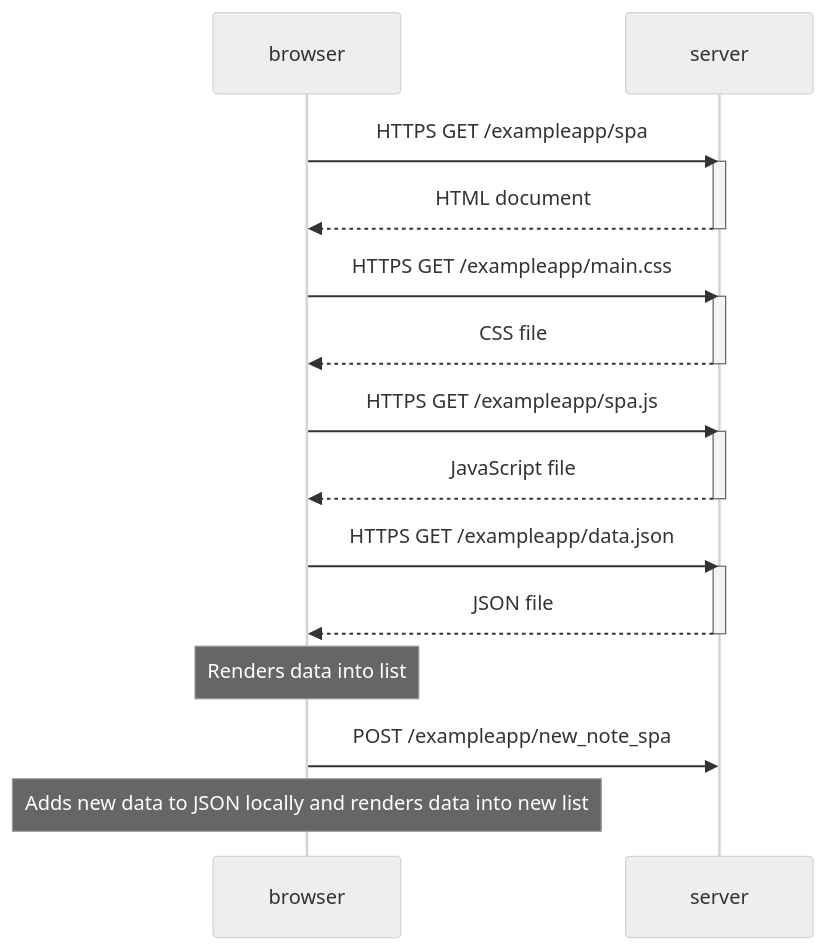
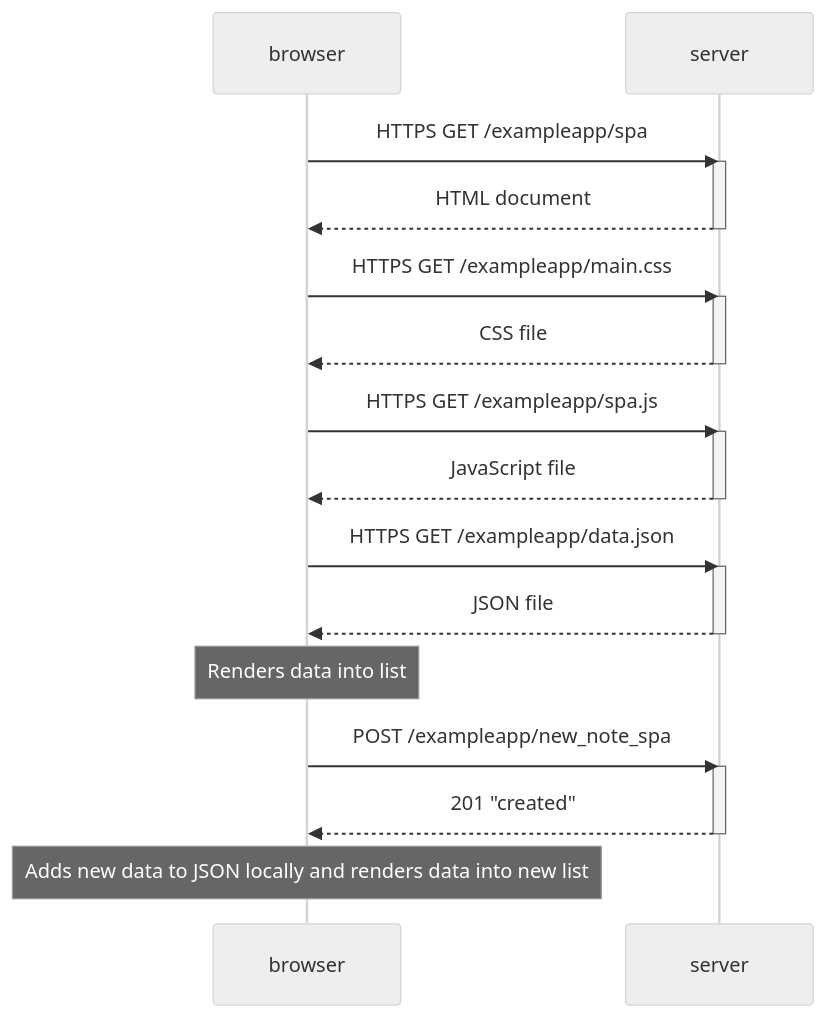
One commit to PhillipBurrows/full-stack-open-exercises changed the diagram in part0/0.6-new-note-in-single-page-diagram/diagram-0.6.md. Above: the diagram before and after it, drawn with Mermaid (neutral theme).

````diff
--- a/part0/0.6-new-note-in-single-page-diagram/diagram-0.6.md
+++ b/part0/0.6-new-note-in-single-page-diagram/diagram-0.6.md
@@ -3,32 +3,34 @@
 ```mermaid
 sequenceDiagram
     participant browser
     participant server
     
     browser->>server: HTTPS GET /exampleapp/spa
     activate server
     server-->>browser: HTML document
     deactivate server
     
     browser->>server: HTTPS GET /exampleapp/main.css
     activate server
     server-->>browser: CSS file
     deactivate server
     
     browser->>server: HTTPS GET /exampleapp/spa.js
     activate server
     server-->>browser: JavaScript file
     deactivate server
 
     browser->>server: HTTPS GET /exampleapp/data.json
     activate server
     server-->>browser: JSON file
     deactivate server
     
     Note over browser: Renders data into list
     
     browser->>server: POST /exampleapp/new_note_spa
     activate server
+    server-->>browser: 201 "created"
+    deactivate server
 
     Note over browser: Adds new data to JSON locally and renders data into new list
 ```
````
